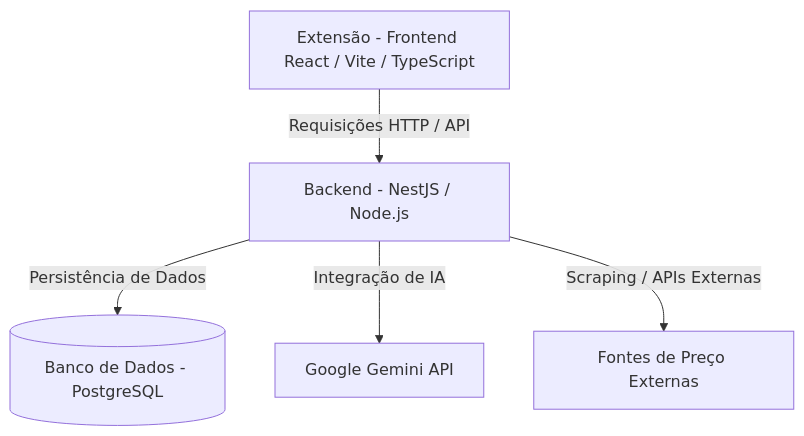
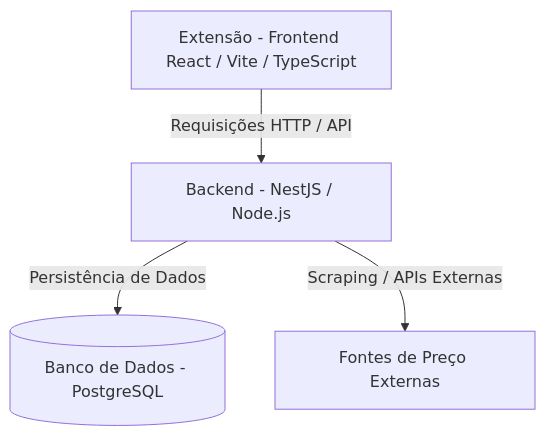
Before and after one commit to Luizuber/Shop-Safe-AI: the diagram in README.md, drawn with Mermaid. The commit also changed other lines of this file, not shown here.

````diff
--- a/README.md
+++ b/README.md
@@ -55,7 +55,7 @@
 ```mermaid
 graph TD
     A[Extensão - Frontend React / Vite / TypeScript] -->|Requisições HTTP / API| B[Backend - NestJS / Node.js]
     B -->|Persistência de Dados| C[(Banco de Dados - PostgreSQL)]
-    B -->|Integração de IA| D[Google Gemini API]
+   
     B -->|Scraping / APIs Externas| E[Fontes de Preço Externas]
 ```
````
